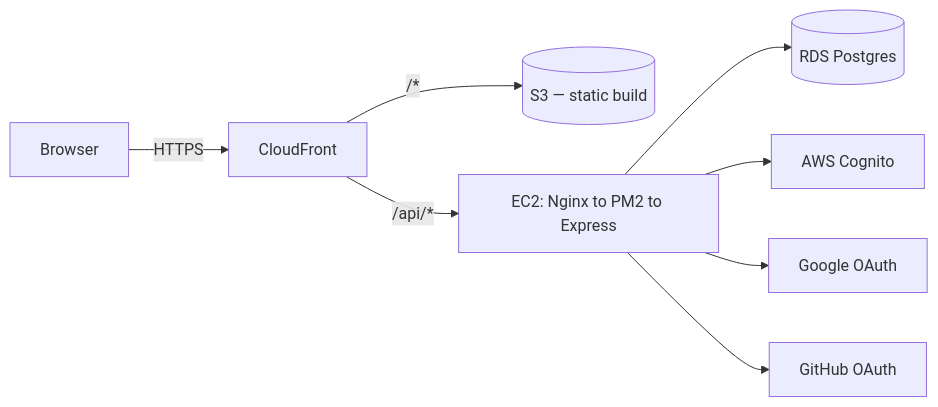
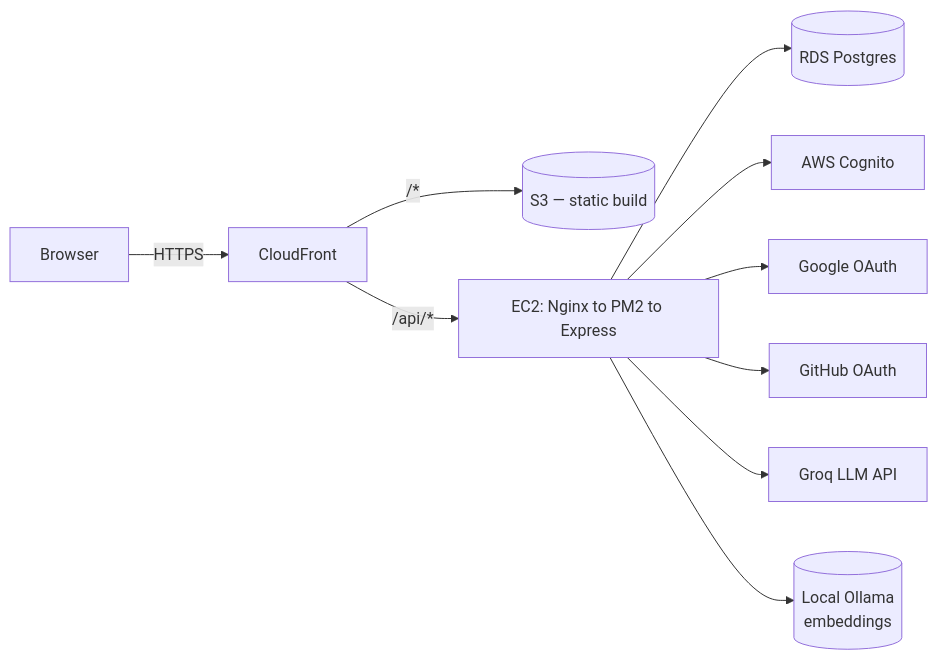
One commit to varuntutejaa/intervu changed the first of 5 diagrams in README.md. Above: the diagram before and after it, drawn with Mermaid. The commit also changed other lines of this file and 91 other files, not shown here.

````diff
--- a/README.md
+++ b/README.md
@@ -82,10 +124,12 @@
 ```mermaid
 flowchart LR
     Browser -->|HTTPS| CF[CloudFront]
     CF -->|"/*"| S3[(S3 — static build)]
     CF -->|"/api/*"| EC2[EC2: Nginx to PM2 to Express]
     EC2 --> RDS[(RDS Postgres)]
     EC2 --> Cognito[AWS Cognito]
     EC2 --> Google[Google OAuth]
     EC2 --> GitHub[GitHub OAuth]
+    EC2 --> Groq[Groq LLM API]
+    EC2 --> Ollama[(Local Ollama<br/>embeddings)]
 ```
````
